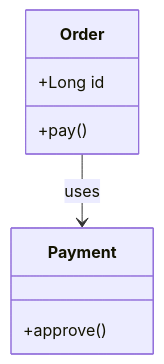
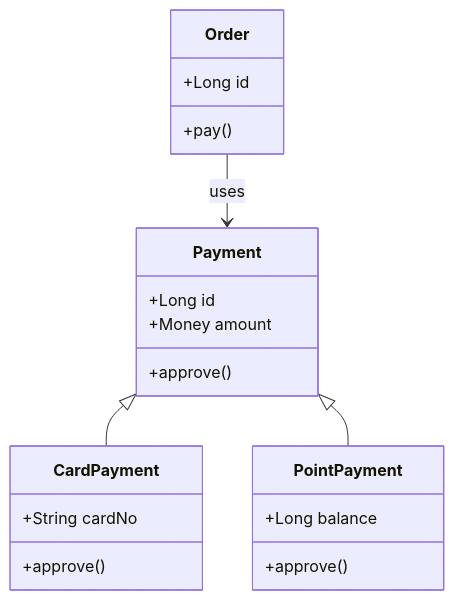
One commit to 1989v/msa changed the fifth of 5 diagrams in docs/drafts/2026-09-fencesvg.md. Above: the diagram before and after it, drawn with Mermaid. The commit also changed other lines of this file and 7 other files, not shown here.

First line of the commit message:
feat(blog): 다이어그램이 사이트 팔레트를 따라간다 (fencesvg 0.3.1)

````diff
--- a/docs/drafts/2026-09-fencesvg.md
+++ b/docs/drafts/2026-09-fencesvg.md
@@ -166,12 +248,24 @@
 ```mermaid
-%% caption: 주문은 결제 수단을 합성으로 갖는다
+%% caption: 결제 수단은 공통 인터페이스를 구현한다
 classDiagram
+  class Payment {
+    +Long id
+    +Money amount
+    +approve()
+  }
+  class CardPayment {
+    +String cardNo
+    +approve()
+  }
+  class PointPayment {
+    +Long balance
+    +approve()
+  }
   class Order {
     +Long id
     +pay()
   }
-  class Payment {
-    +approve()
-  }
+  Payment <|-- CardPayment
+  Payment <|-- PointPayment
   Order --> Payment : uses
 ```
````
